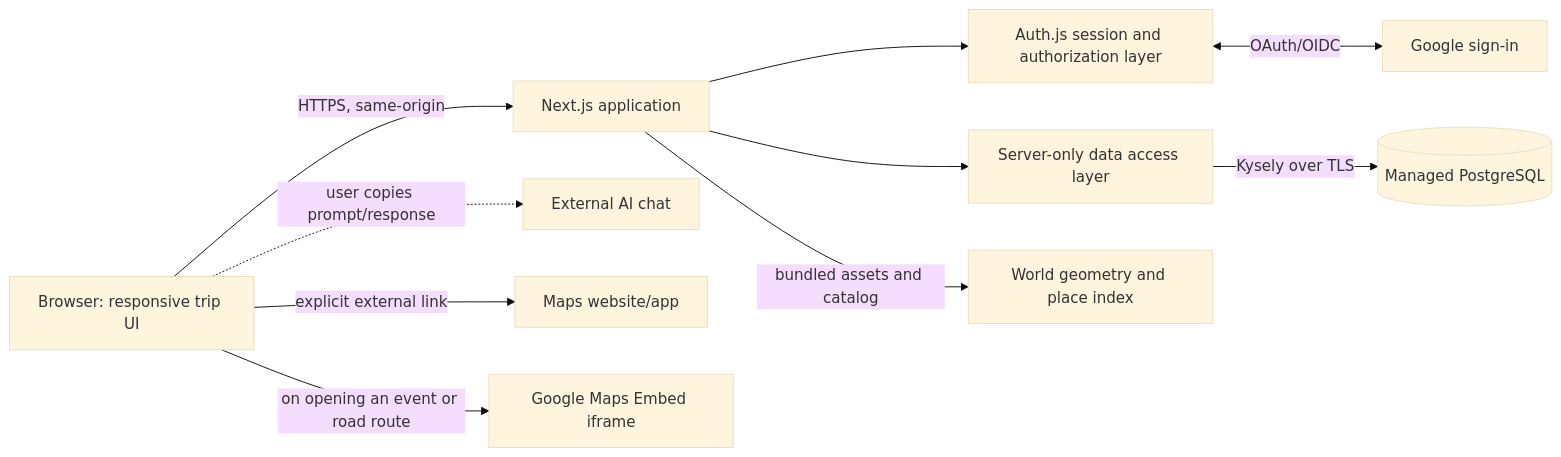
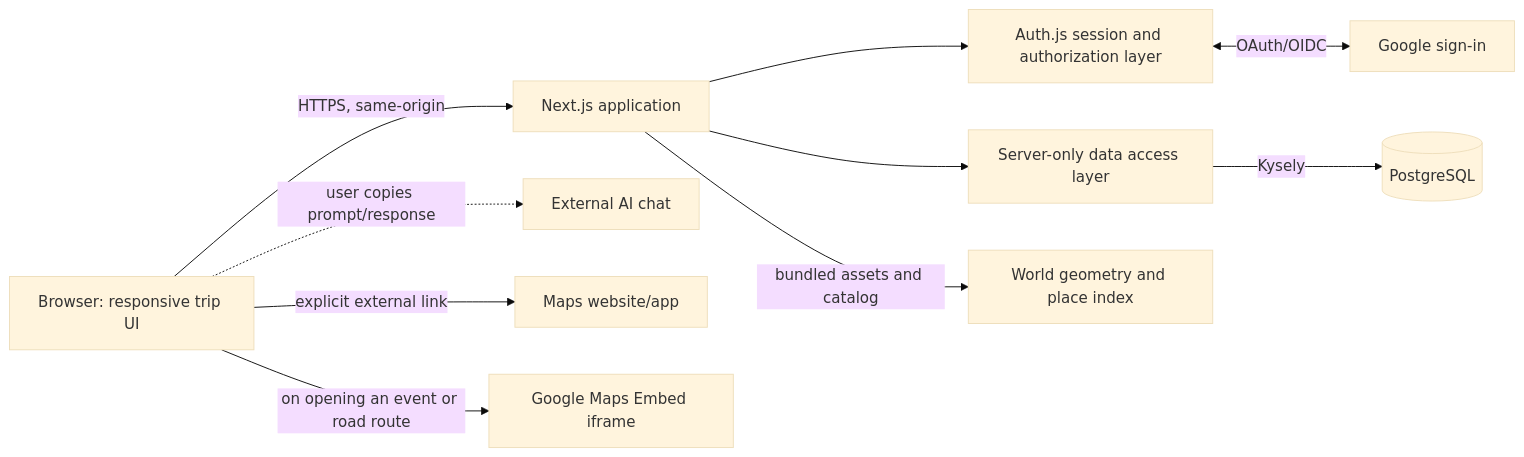
Before and after one commit to Link-lin/FieldNotes: the first of 3 diagrams in docs/design/technical-design.md, drawn with Mermaid (base theme). The commit also changed other lines of this file and 11 other files, not shown here.

````diff
--- a/docs/design/technical-design.md
+++ b/docs/design/technical-design.md
@@ -59,12 +59,12 @@
 ```mermaid
 flowchart LR
     B[Browser: responsive trip UI] -->|HTTPS, same-origin| W[Next.js application]
     W --> AUTH[Auth.js session and authorization layer]
     AUTH <-->|OAuth/OIDC| G[Google sign-in]
     W --> DAL[Server-only data access layer]
-    DAL -->|Kysely over TLS| DB[(Managed PostgreSQL)]
+    DAL -->|Kysely| DB[(PostgreSQL)]
     W -->|bundled assets and catalog| GEO[World geometry and place index]
     B -. user copies prompt/response .-> AI[External AI chat]
     B -->|explicit external link| MAP[Maps website/app]
     B -->|on opening an event or road route| EMB[Google Maps Embed iframe]
 ```
````
